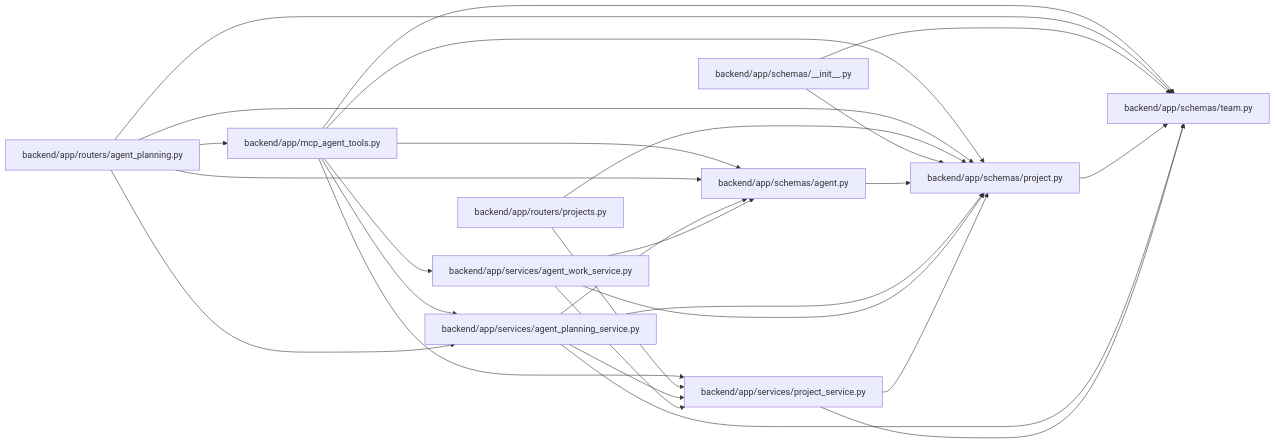
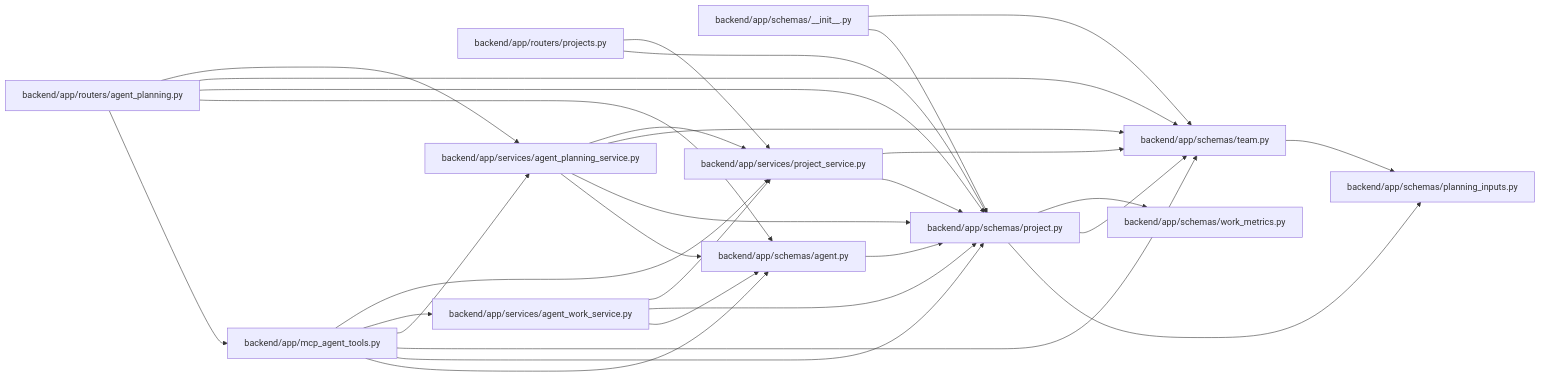
One commit to Denissvgn/WorkChord changed the diagram in docs/llm_wiki/modules/schemas_project.md. Above: the diagram before and after it, drawn with Mermaid. The commit also changed other lines of this file and 958 other files, not shown here.

First line of the commit message:
docs(wiki): refresh identity and recovery architecture

````diff
--- a/docs/llm_wiki/modules/schemas_project.md
+++ b/docs/llm_wiki/modules/schemas_project.md
@@ -22,49 +24,56 @@
 ```mermaid
 flowchart LR
     n0["backend/app/mcp_agent_tools.py"]
     n1["backend/app/routers/agent_planning.py"]
     n2["backend/app/routers/projects.py"]
     n3["backend/app/schemas/__init__.py"]
     n4["backend/app/schemas/agent.py"]
-    n5["backend/app/schemas/project.py"]
-    n6["backend/app/schemas/team.py"]
-    n7["backend/app/services/agent_planning_service.py"]
-    n8["backend/app/services/agent_work_service.py"]
-    n9["backend/app/services/project_service.py"]
+    n5["backend/app/schemas/planning_inputs.py"]
+    n6["backend/app/schemas/project.py"]
+    n7["backend/app/schemas/team.py"]
+    n8["backend/app/schemas/work_metrics.py"]
+    n9["backend/app/services/agent_planning_service.py"]
+    n10["backend/app/services/agent_work_service.py"]
+    n11["backend/app/services/project_service.py"]
     n0 --> n4
-    n0 --> n5
     n0 --> n6
     n0 --> n7
-    n0 --> n8
     n0 --> n9
+    n0 --> n10
+    n0 --> n11
     n1 --> n0
     n1 --> n4
-    n1 --> n5
     n1 --> n6
     n1 --> n7
-    n2 --> n5
-    n2 --> n9
-    n3 --> n5
+    n1 --> n9
+    n2 --> n6
+    n2 --> n11
     n3 --> n6
-    n4 --> n5
-    n5 --> n6
-    n7 --> n4
+    n3 --> n7
+    n4 --> n6
+    n6 --> n5
+    n6 --> n7
+    n6 --> n8
     n7 --> n5
-    n7 --> n6
-    n7 --> n9
-    n8 --> n4
-    n8 --> n5
-    n8 --> n9
-    n9 --> n5
+    n9 --> n4
     n9 --> n6
+    n9 --> n7
+    n9 --> n11
+    n10 --> n4
+    n10 --> n6
+    n10 --> n11
+    n11 --> n6
+    n11 --> n7
     click n0 "../modules/mcp_agent_tools.md"
     click n1 "../modules/routers_agent_planning.md"
     click n2 "../modules/projects.md"
     click n3 "../modules/schemas___init__.md"
     click n4 "../modules/schemas_agent.md"
-    click n5 "../modules/schemas_project.md"
-    click n6 "../modules/schemas_team.md"
-    click n7 "../modules/agent_planning_service.md"
-    click n8 "../modules/agent_work_service.md"
-    click n9 "../modules/project_service.md"
+    click n5 "../modules/planning_inputs.md"
+    click n6 "../modules/schemas_project.md"
+    click n7 "../modules/schemas_team.md"
+    click n8 "../modules/schemas_work_metrics.md"
+    click n9 "../modules/agent_planning_service.md"
+    click n10 "../modules/agent_work_service.md"
+    click n11 "../modules/project_service.md"
 ```
````
